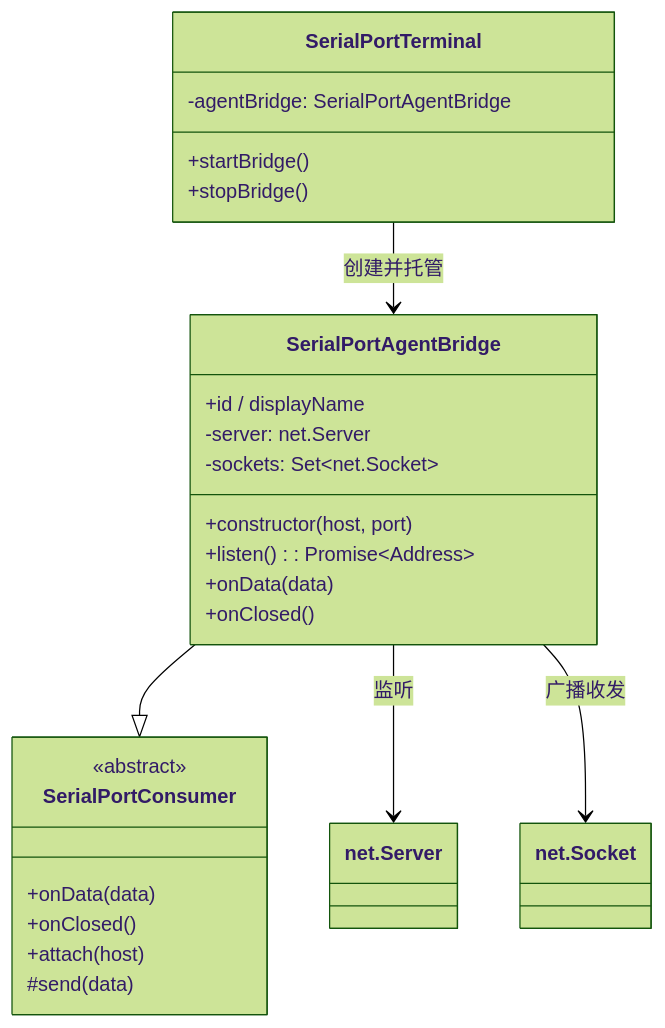
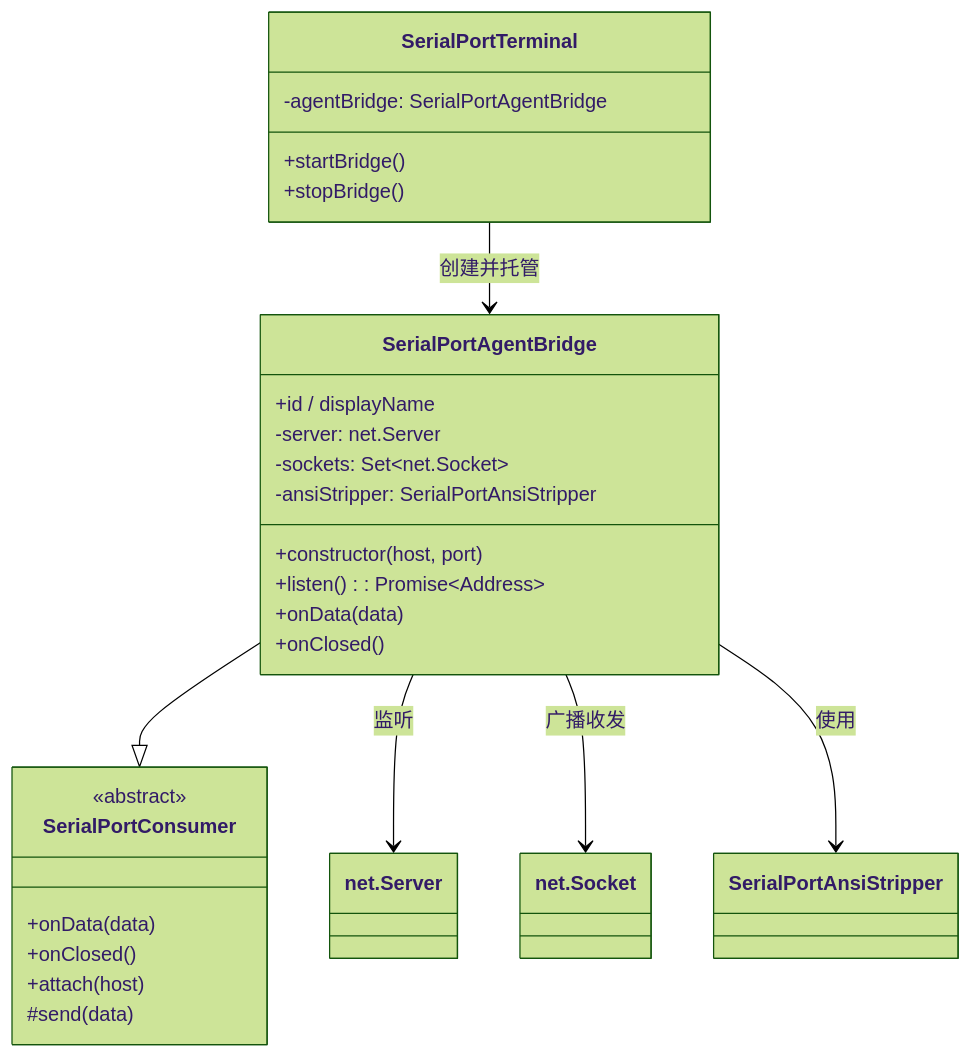
The second of 2 diagrams in doc/ConsumerDesign/SerialPortAgentBridge设计.md (ziqiang-zhu/vscode-serial-port-terminal), drawn with Mermaid (forest theme) before and after one commit. The commit also changed other lines of this file and 7 other files, not shown here.

First line of the commit message:
feat: strip ANSI sequences from the AgentBridge stream

````diff
--- a/doc/ConsumerDesign/SerialPortAgentBridge设计.md
+++ b/doc/ConsumerDesign/SerialPortAgentBridge设计.md
@@ -96,28 +96,30 @@
 ```mermaid
 classDiagram
     class SerialPortConsumer {
         <<abstract>>
         +onData(data)
         +onClosed()
         +attach(host)
         #send(data)
     }
     class SerialPortAgentBridge {
         +id / displayName
         +constructor(host, port)
         +listen(): Promise~Address~
         +onData(data)
         +onClosed()
         -server: net.Server
         -sockets: Set~net.Socket~
+        -ansiStripper: SerialPortAnsiStripper
     }
     class SerialPortTerminal {
         +startBridge()
         +stopBridge()
         -agentBridge: SerialPortAgentBridge
     }
     SerialPortAgentBridge --|> SerialPortConsumer
     SerialPortTerminal --> SerialPortAgentBridge : 创建并托管
     SerialPortAgentBridge --> net.Server : 监听
     SerialPortAgentBridge --> net.Socket : 广播收发
+    SerialPortAgentBridge --> SerialPortAnsiStripper : 使用
 ```
````
